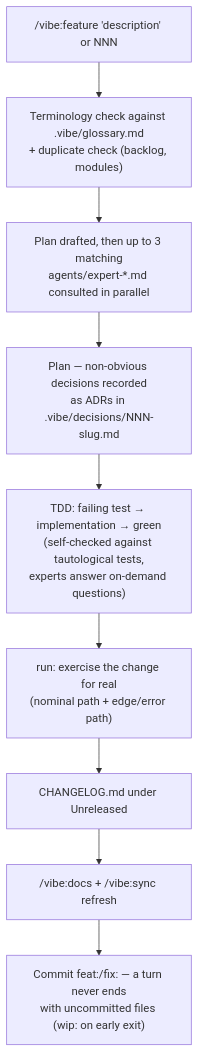
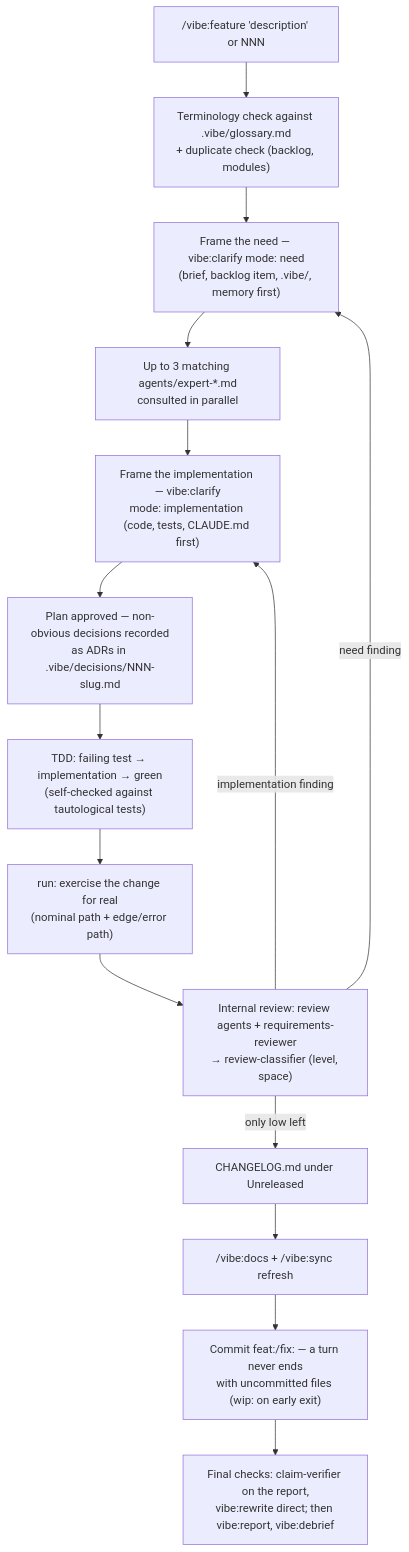
The first of 7 diagrams in docs/workflows.md (neolao/claude-plugin-vibe), drawn with Mermaid before and after one commit. The commit also changed other lines of this file and 63 other files, not shown here.

First line of the commit message:
The build loop: two framings, internal review, routing by space

````diff
--- a/docs/workflows.md
+++ b/docs/workflows.md
@@ -11,11 +11,17 @@
 ```mermaid
 flowchart TD
     A["/vibe:feature 'description' or NNN"] --> B["Terminology check against .vibe/glossary.md<br/>+ duplicate check (backlog, modules)"]
-    B --> C["Plan drafted, then up to 3 matching<br/>agents/expert-*.md consulted in parallel"]
-    C --> C2["Plan — non-obvious decisions recorded<br/>as ADRs in .vibe/decisions/NNN-slug.md"]
-    C2 --> D["TDD: failing test → implementation → green<br/>(self-checked against tautological tests,<br/>experts answer on-demand questions)"]
+    B --> N["Frame the need — vibe:clarify mode: need<br/>(brief, backlog item, .vibe/, memory first)"]
+    N --> C["Up to 3 matching agents/expert-*.md<br/>consulted in parallel"]
+    C --> I["Frame the implementation — vibe:clarify<br/>mode: implementation (code, tests, CLAUDE.md first)"]
+    I --> C2["Plan approved — non-obvious decisions recorded<br/>as ADRs in .vibe/decisions/NNN-slug.md"]
+    C2 --> D["TDD: failing test → implementation → green<br/>(self-checked against tautological tests)"]
     D --> E["run: exercise the change for real<br/>(nominal path + edge/error path)"]
-    E --> F["CHANGELOG.md under Unreleased"]
+    E --> R["Internal review: review agents + requirements-reviewer<br/>→ review-classifier (level, space)"]
+    R -- "need finding" --> N
+    R -- "implementation finding" --> I
+    R -- "only low left" --> F["CHANGELOG.md under Unreleased"]
     F --> G["/vibe:docs + /vibe:sync refresh"]
     G --> H["Commit feat:/fix: — a turn never ends<br/>with uncommitted files (wip: on early exit)"]
+    H --> K["Final checks: claim-verifier on the report,<br/>vibe:rewrite direct; then vibe:report, vibe:debrief"]
 ```
````
